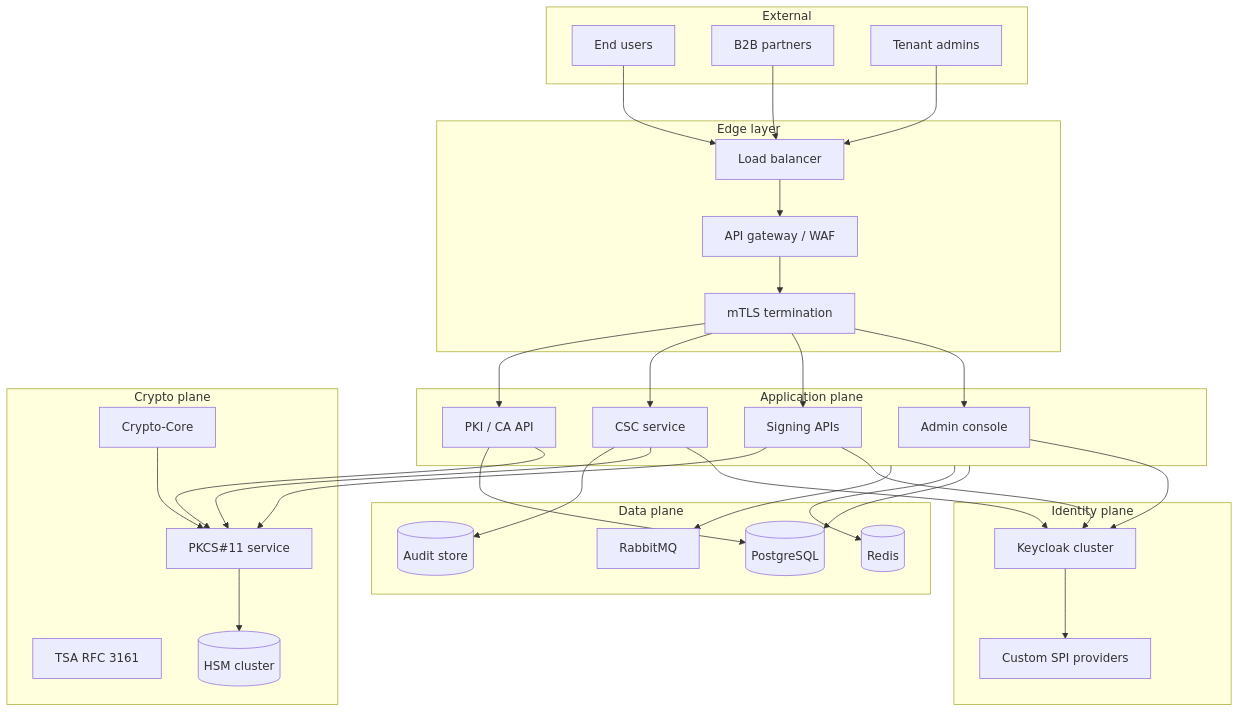
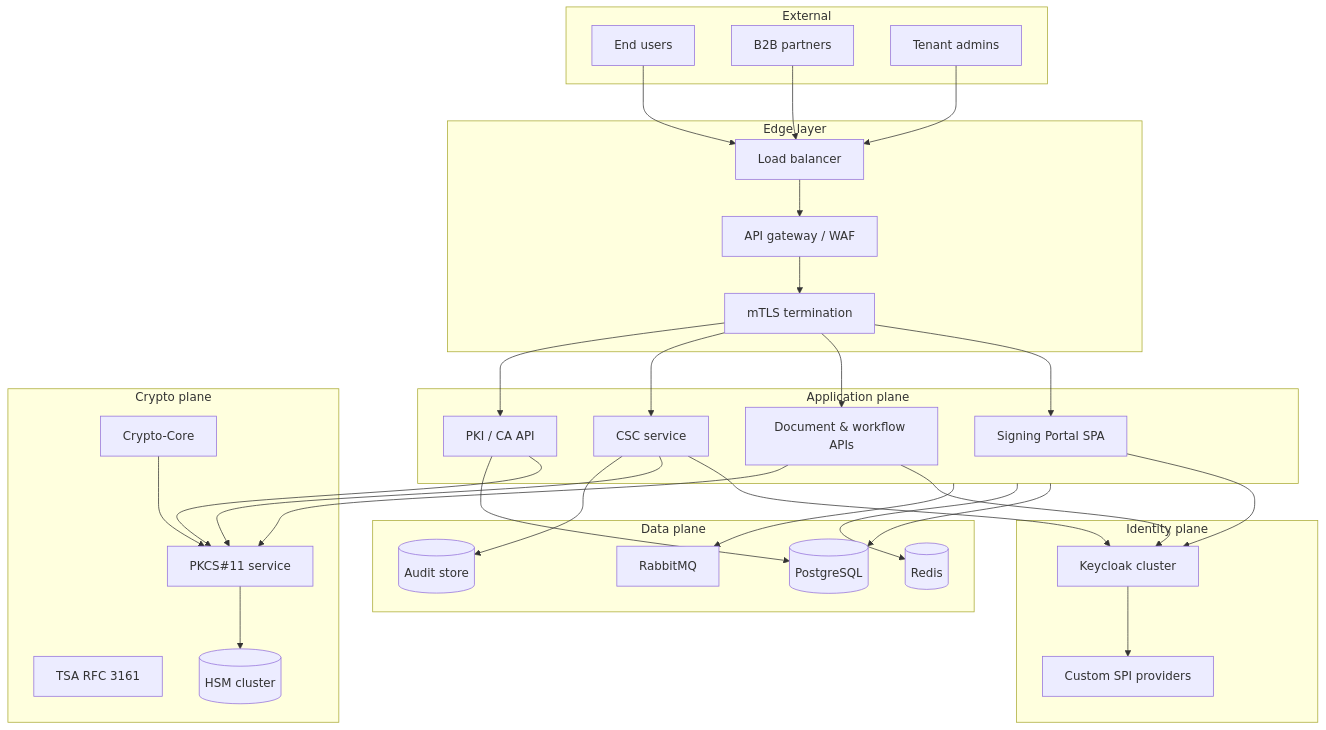
Before and after one commit to talha-bilal/trust-platform-samples: the diagram in docs/diagrams/01-platform-overview.md, drawn with Mermaid. The commit also changed other lines of this file and 6 other files, not shown here.

First line of the commit message:
Align platform docs with Signing Portal architecture

````diff
--- a/docs/diagrams/01-platform-overview.md
+++ b/docs/diagrams/01-platform-overview.md
@@ -5,64 +5,64 @@
 ```mermaid
 flowchart TB
   subgraph external [External]
     Users[End users]
     Partners[B2B partners]
     Admins[Tenant admins]
   end
 
   subgraph edge [Edge layer]
     LB[Load balancer]
     GW[API gateway / WAF]
     MTLS[mTLS termination]
   end
 
   subgraph apps [Application plane]
-    AdminUI[Admin console]
-    SignAPI[Signing APIs]
+    Portal[Signing Portal SPA]
+    SignAPI[Document & workflow APIs]
     CSC[CSC service]
     PKI[PKI / CA API]
   end
 
   subgraph iam [Identity plane]
     KC[Keycloak cluster]
     SPI[Custom SPI providers]
   end
 
   subgraph crypto [Crypto plane]
     P11[PKCS#11 service]
     CC[Crypto-Core]
     TSA[TSA RFC 3161]
     HSM[(HSM cluster)]
   end
 
   subgraph data [Data plane]
     PG[(PostgreSQL)]
     Redis[(Redis)]
     MQ[RabbitMQ]
     Audit[(Audit store)]
   end
 
   Users --> LB
   Partners --> LB
   Admins --> LB
   LB --> GW
   GW --> MTLS
-  MTLS --> AdminUI
+  MTLS --> Portal
   MTLS --> SignAPI
   MTLS --> CSC
   MTLS --> PKI
   SignAPI --> KC
   CSC --> KC
-  AdminUI --> KC
+  Portal --> KC
   KC --> SPI
   CSC --> P11
   PKI --> P11
   SignAPI --> P11
   CC --> P11
   P11 --> HSM
   PKI --> PG
   CSC --> Audit
   apps --> PG
   apps --> Redis
   apps --> MQ
 ```
````
